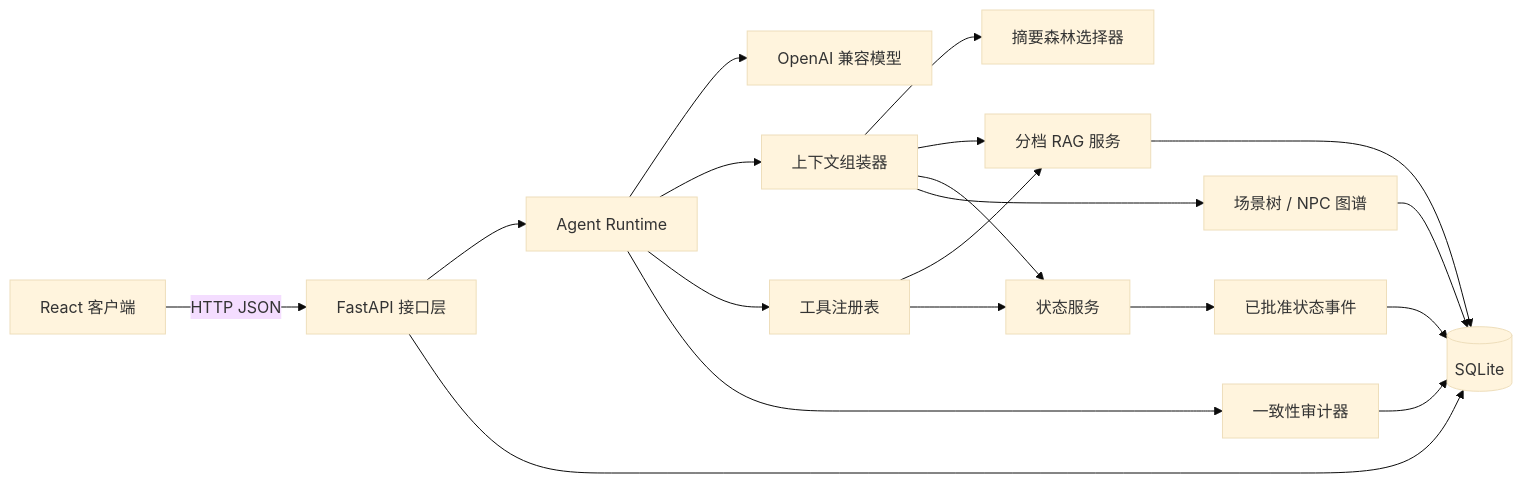
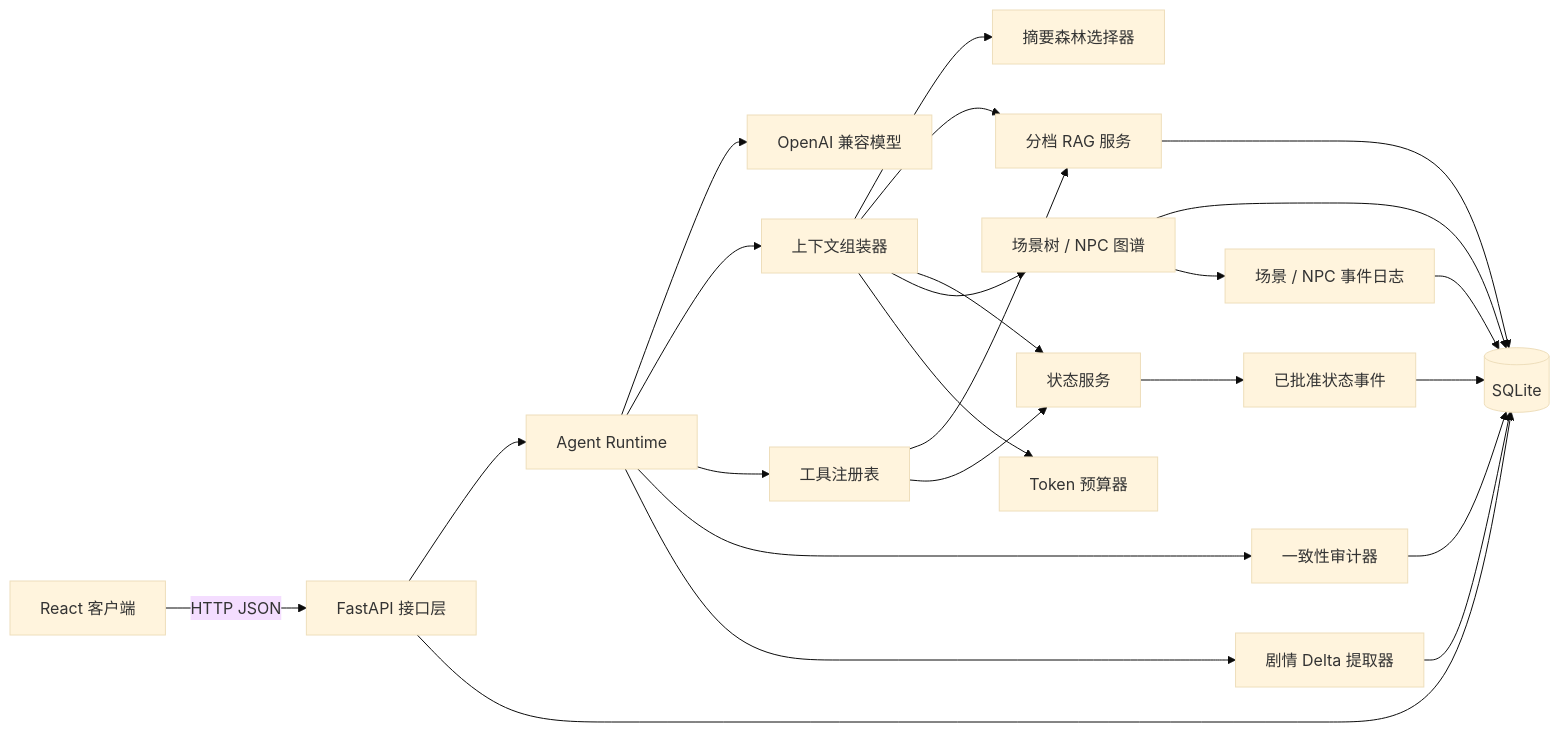
One commit to maximilian-2778/saraswati-agent changed the first of 2 diagrams in docs/ARCHITECTURE.md. Above: the diagram before and after it, drawn with Mermaid (base theme). The commit also changed other lines of this file and 25 other files, not shown here.

````diff
--- a/docs/ARCHITECTURE.md
+++ b/docs/ARCHITECTURE.md
@@ -5,21 +5,26 @@
 ```mermaid
 flowchart LR
     UI[React 客户端] -->|HTTP JSON| API[FastAPI 接口层]
     API --> RT[Agent Runtime]
     RT --> LLM[OpenAI 兼容模型]
     RT --> CTX[上下文组装器]
     RT --> TOOLS[工具注册表]
     CTX --> FOREST[摘要森林选择器]
     CTX --> MEM[分档 RAG 服务]
     CTX --> STATE[状态服务]
     CTX --> GRAPH[场景树 / NPC 图谱]
     TOOLS --> MEM
     TOOLS --> STATE
     RT --> AUDIT[一致性审计器]
+    RT --> DELTA[剧情 Delta 提取器]
+    CTX --> BUDGET[Token 预算器]
     API --> DB[(SQLite)]
     MEM --> DB
     STATE --> EVENTS[已批准状态事件]
     EVENTS --> DB
     AUDIT --> DB
     GRAPH --> DB
+    DELTA --> DB
+    GRAPH --> GEVENTS[场景 / NPC 事件日志]
+    GEVENTS --> DB
 ```
````
